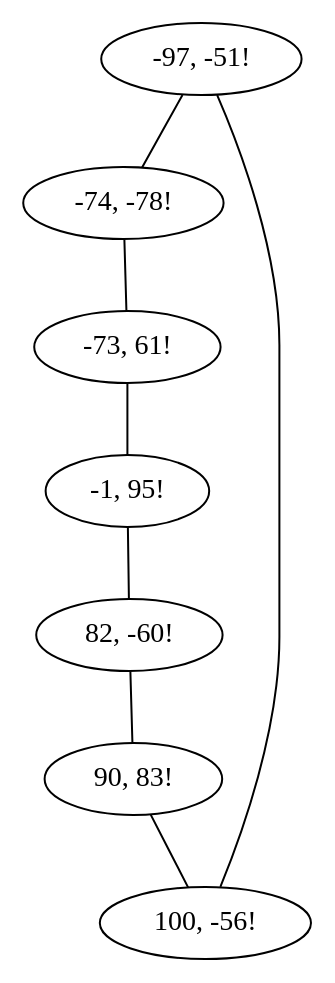
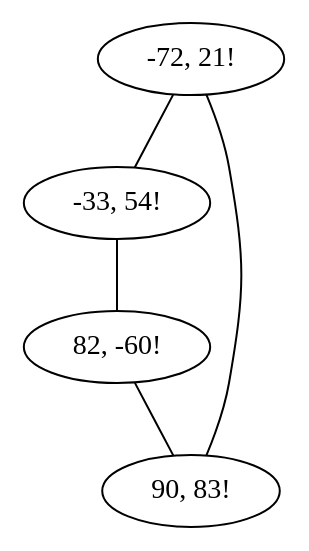
One commit to gabmartinbr/CyA_practicas changed the diagram in p12_divide_conquer/hull_output.dot. Above: the diagram before and after it, drawn with Graphviz. The commit also changed 12 other files, not shown here.

```diff
--- a/p12_divide_conquer/hull_output.dot
+++ b/p12_divide_conquer/hull_output.dot
@@ -1,16 +1,10 @@
 graph G {
-    0 [label="-97, -51!"];
-    1 [label="-74, -78!"];
-    2 [label="-73, 61!"];
-    3 [label="-1, 95!"];
-    4 [label="82, -60!"];
-    5 [label="90, 83!"];
-    6 [label="100, -56!"];
+    0 [label="-72, 21!"];
+    1 [label="-33, 54!"];
+    2 [label="82, -60!"];
+    3 [label="90, 83!"];
     0 -- 1;
     1 -- 2;
     2 -- 3;
-    3 -- 4;
-    4 -- 5;
-    5 -- 6;
-    6 -- 0;
+    3 -- 0;
 }
```
